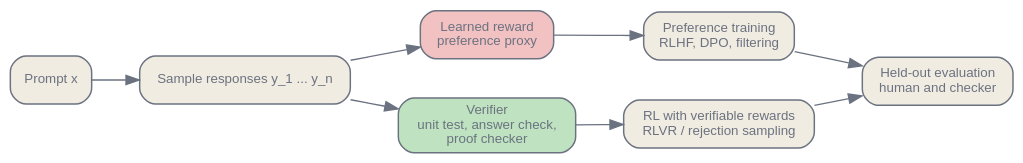
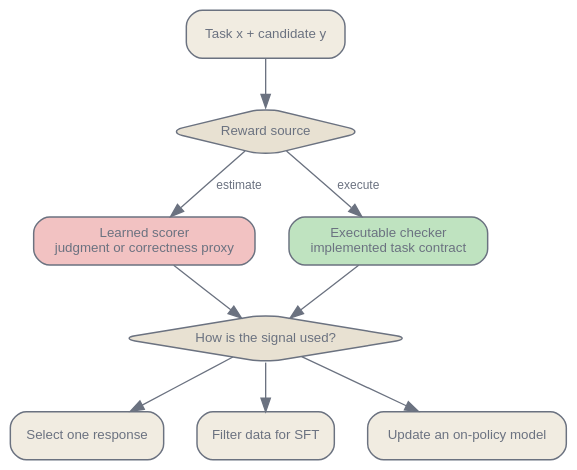
The diagram in en/adaptation/05-verifiable-rewards-reasoning.qmd (latere-ai/ai-as-an-infrastructure), drawn with Graphviz before and after one commit. The commit also changed other lines of this file and 3 other files, not shown here.

Commit message:
Rewrite verifiable rewards chapter

````diff
--- a/en/adaptation/05-verifiable-rewards-reasoning.qmd
+++ b/en/adaptation/05-verifiable-rewards-reasoning.qmd
@@ -37,27 +81,30 @@
 ```{dot}
 //| label: fig-verifiable-rewards-map
-//| fig-cap: "Two reward sources in post-training. Learned rewards cover open-ended behavior but are proxy signals; verifiable rewards are narrower but give direct pass/fail supervision. Mixed systems often use both."
+//| fig-cap: "Reward provenance and reward use are separate choices. A learned scorer or an executable checker can rank samples, filter training data, or supply a policy update. Only the executable path is a verifiable reward in the strict sense."
 digraph {
   bgcolor="transparent";
-  rankdir=LR;
-  nodesep=0.4; ranksep=0.5;
-  node [shape=box, style="rounded,filled", fontname="Helvetica", fontsize=10, color="#6b7280", fontcolor="#6b7280", fillcolor="#f1ece1", penwidth=1.1];
-  edge [fontsize=10, fontname="Helvetica", color="#6b7280", fontcolor="#6b7280"];
+  rankdir=TB;
+  nodesep=0.35; ranksep=0.5;
+  node [shape=box, style="rounded,filled", fontname="Helvetica", fontsize=10,
+        color="#6b7280", fontcolor="#6b7280", fillcolor="#f1ece1", penwidth=1.1];
+  edge [fontsize=9, fontname="Helvetica", color="#6b7280", fontcolor="#6b7280"];
 
-  prompt [label="Prompt x"];
-  sample [label="Sample responses y_1 ... y_n"];
-  learned [label="Learned reward\npreference proxy", fillcolor="#f2c2c2"];
-  verifier [label="Verifier\nunit test, answer check,\nproof checker", fillcolor="#bfe3c0"];
-  pref [label="Preference training\nRLHF, DPO, filtering"];
-  rlvr [label="RL with verifiable rewards\nRLVR / rejection sampling"];
-  eval [label="Held-out evaluation\nhuman and checker"];
+  pair [label="Task x + candidate y"];
+  source [shape=diamond, label="Reward source", fillcolor="#e8e1d2"];
+  learned [label="Learned scorer\njudgment or correctness proxy", fillcolor="#f2c2c2"];
+  checker [label="Executable checker\nimplemented task contract", fillcolor="#bfe3c0"];
+  use [shape=diamond, label="How is the signal used?", fillcolor="#e8e1d2"];
+  select [label="Select one response"];
+  filter [label="Filter data for SFT"];
+  update [label="Update an on-policy model"];
 
-  prompt -> sample;
-  sample -> learned;
-  sample -> verifier;
-  learned -> pref;
-  verifier -> rlvr;
-  pref -> eval;
-  rlvr -> eval;
+  pair -> source;
+  source -> learned [label="estimate"];
+  source -> checker [label="execute"];
+  learned -> use;
+  checker -> use;
+  use -> select;
+  use -> filter;
+  use -> update;
 }
 ```
````
